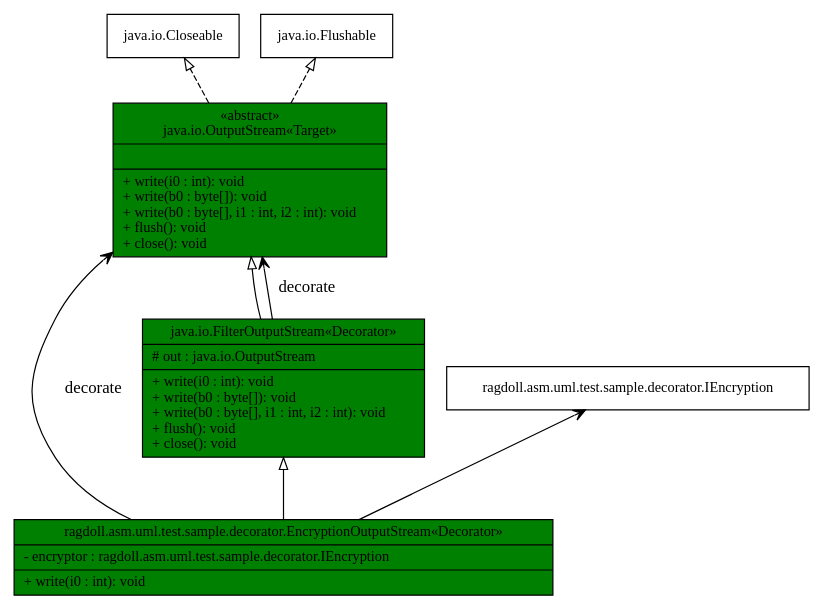
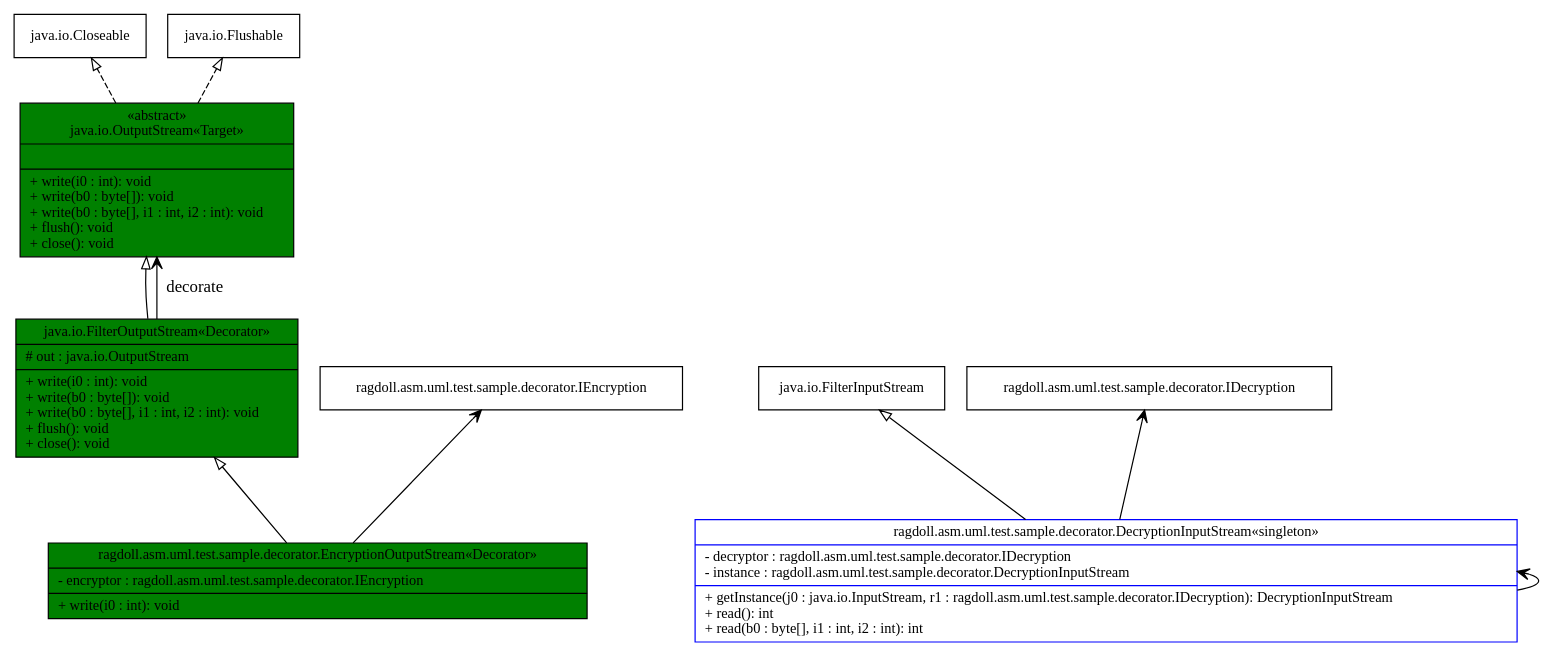
Before and after one commit to SashaMoe/Ragdoll: the diagram in demo/wut.gv, drawn with Graphviz. The commit also changed 10 other files, not shown here.

```diff
--- a/demo/wut.gv
+++ b/demo/wut.gv
@@ -1,92 +1,119 @@
 digraph G {
 rankdir=BT;
 fontname = "Times New Roman"
 fontsize = 12
 node [
 fontname = "Times New Roman"
 fontsize = 12
 shape = "record"
 ]
 "java.io.OutputStream" [
 color=black
 fillcolor="green"
 style=filled
 label = "{«abstract»\njava.io.OutputStream
-«Target»\n||+ write(i0 : int): void\l+ write(b0 : byte[]): void\l+ write(b0 : byte[], i1 : int, i2 : int): void\l+ flush(): void\l+ close(): void\l}"
+«Target»||+ write(i0 : int): void\l+ write(b0 : byte[]): void\l+ write(b0 : byte[], i1 : int, i2 : int): void\l+ flush(): void\l+ close(): void\l}"
 ]
 edge [
 style = "dashed"
 arrowhead = "empty"
 ]
 "java.io.OutputStream" -> "java.io.Closeable"
 "java.io.OutputStream" -> "java.io.Flushable"
 edge [
 style = "solid"
 arrowhead = "empty"
 ]
 edge [
 style = "dashed"
 arrowhead = "vee"
 ]
 edge [label=" "]
 "java.io.FilterOutputStream" [
 color=black
 fillcolor="green"
 style=filled
 label = "{java.io.FilterOutputStream
-«Decorator»\n|# out : java.io.OutputStream\l|+ write(i0 : int): void\l+ write(b0 : byte[]): void\l+ write(b0 : byte[], i1 : int, i2 : int): void\l+ flush(): void\l+ close(): void\l}"
+«Decorator»|# out : java.io.OutputStream\l|+ write(i0 : int): void\l+ write(b0 : byte[]): void\l+ write(b0 : byte[], i1 : int, i2 : int): void\l+ flush(): void\l+ close(): void\l}"
 ]
 edge [
 style = "dashed"
 arrowhead = "empty"
 ]
 edge [
 style = "solid"
 arrowhead = "empty"
 ]
 "java.io.FilterOutputStream" -> "java.io.OutputStream"
 edge [
 style = "dashed"
 arrowhead = "vee"
 ]
 edge [
 style = "solid"
 arrowhead = "vee"
 label = "decorate"
 ]
 "java.io.FilterOutputStream" -> "java.io.OutputStream"
 edge [label=" "]
 "ragdoll.asm.uml.test.sample.decorator.EncryptionOutputStream" [
 color=black
 fillcolor="green"
 style=filled
 label = "{ragdoll.asm.uml.test.sample.decorator.EncryptionOutputStream
-«Decorator»\n|- encryptor : ragdoll.asm.uml.test.sample.decorator.IEncryption\l|+ write(i0 : int): void\l}"
+«Decorator»|- encryptor : ragdoll.asm.uml.test.sample.decorator.IEncryption\l|+ write(i0 : int): void\l}"
 ]
 edge [
 style = "dashed"
 arrowhead = "empty"
 ]
 edge [
 style = "solid"
 arrowhead = "empty"
 ]
 "ragdoll.asm.uml.test.sample.decorator.EncryptionOutputStream" -> "java.io.FilterOutputStream"
 edge [
 style = "dashed"
 arrowhead = "vee"
 ]
 edge [
 style = "solid"
 arrowhead = "vee"
 label = " "
 ]
 "ragdoll.asm.uml.test.sample.decorator.EncryptionOutputStream" -> "ragdoll.asm.uml.test.sample.decorator.IEncryption"
+edge [label=" "]
+"ragdoll.asm.uml.test.sample.decorator.DecryptionInputStream" [
+color=blue
+fillcolor="white"
+style=filled
+label = "{ragdoll.asm.uml.test.sample.decorator.DecryptionInputStream
+«singleton»|- decryptor : ragdoll.asm.uml.test.sample.decorator.IDecryption\l- instance : ragdoll.asm.uml.test.sample.decorator.DecryptionInputStream\l|+ getInstance(j0 : java.io.InputStream, r1 : ragdoll.asm.uml.test.sample.decorator.IDecryption): DecryptionInputStream\l+ read(): int\l+ read(b0 : byte[], i1 : int, i2 : int): int\l}"
+]
+edge [
+style = "dashed"
+arrowhead = "empty"
+]
+edge [
+style = "solid"
+arrowhead = "empty"
+]
+"ragdoll.asm.uml.test.sample.decorator.DecryptionInputStream" -> "java.io.FilterInputStream"
+edge [
+style = "dashed"
+arrowhead = "vee"
+]
 edge [
 style = "solid"
 arrowhead = "vee"
-label = "decorate"
+label = " "
 ]
-"ragdoll.asm.uml.test.sample.decorator.EncryptionOutputStream" -> "java.io.OutputStream"
+"ragdoll.asm.uml.test.sample.decorator.DecryptionInputStream" -> "ragdoll.asm.uml.test.sample.decorator.IDecryption"
+edge [
+style = "solid"
+arrowhead = "vee"
+label = " "
+]
+"ragdoll.asm.uml.test.sample.decorator.DecryptionInputStream" -> "ragdoll.asm.uml.test.sample.decorator.DecryptionInputStream"
 edge [label=" "]
 }
```
